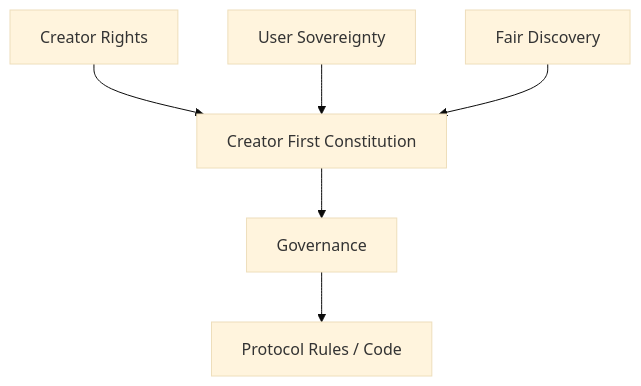
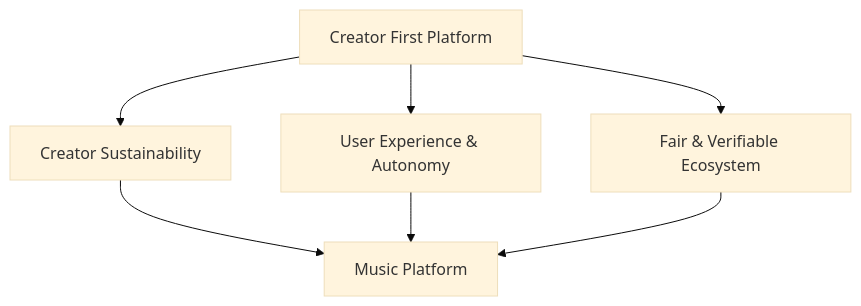
One commit to ShigeichiroYamasaki/creator-first-platform changed the first of 17 diagrams in docs/whitepaper/01-vision.md. Above: the diagram before and after it, drawn with Mermaid (base theme). The commit also changed other lines of this file and 1 other file, not shown here.

````diff
--- a/docs/whitepaper/01-vision.md
+++ b/docs/whitepaper/01-vision.md
@@ -65,13 +11,12 @@
 ```mermaid
 flowchart TD
-    CR[Creator Rights]
-    US[User Sovereignty]
-    FD[Fair Discovery]
+    VISION[Creator First Platform]
 
-    CR --> CP[Creator First Constitution]
-    US --> CP
-    FD --> CP
+    VISION --> CREATOR[Creator Sustainability]
+    VISION --> USER[User Experience & Autonomy]
+    VISION --> FAIR[Fair & Verifiable Ecosystem]
 
-    CP --> GOV[Governance]
-    GOV --> CODE[Protocol Rules / Code]
+    CREATOR --> PLATFORM[Music Platform]
+    USER --> PLATFORM
+    FAIR --> PLATFORM
 ```
````
